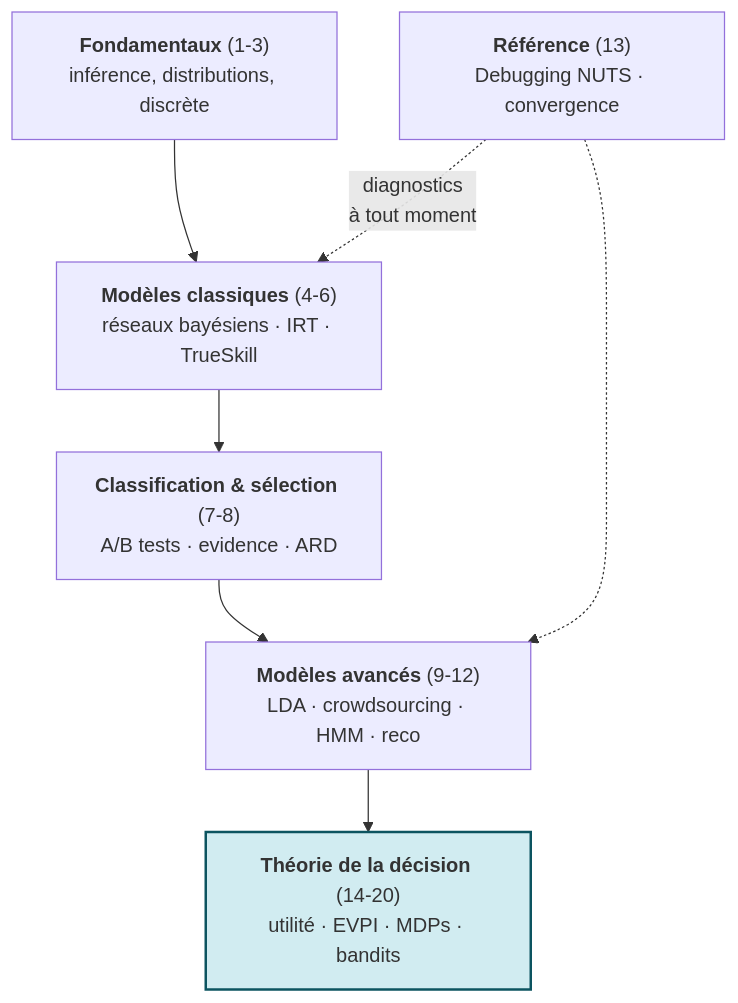
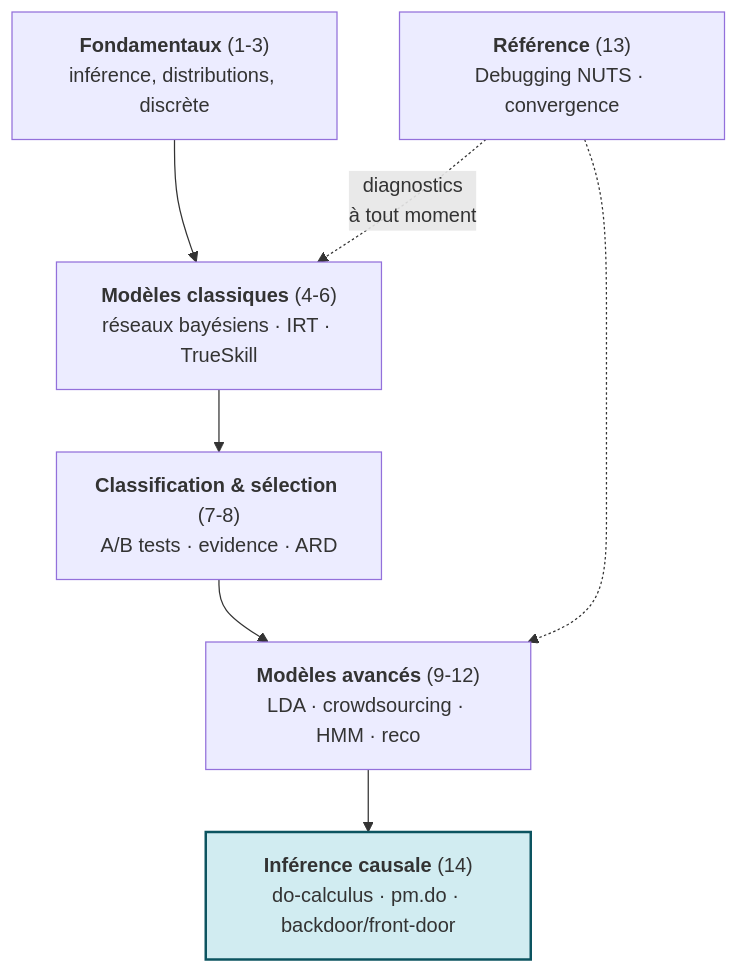
The second of 2 diagrams in MyIA.AI.Notebooks/Probas/PyMC/README.md (jsboige/CoursIA), drawn with Mermaid before and after one commit. The commit also changed other lines of this file and 37 other files, not shown here.

````diff
--- a/MyIA.AI.Notebooks/Probas/PyMC/README.md
+++ b/MyIA.AI.Notebooks/Probas/PyMC/README.md
@@ -96,15 +91,15 @@
 ```mermaid
 flowchart TD
     P1["<b>Fondamentaux</b> (1-3)<br/>inférence, distributions, discrète"]
     P2["<b>Modèles classiques</b> (4-6)<br/>réseaux bayésiens · IRT · TrueSkill"]
     P3["<b>Classification & sélection</b> (7-8)<br/>A/B tests · evidence · ARD"]
     P4["<b>Modèles avancés</b> (9-12)<br/>LDA · crowdsourcing · HMM · reco"]
     P5["<b>Référence</b> (13)<br/>Debugging NUTS · convergence"]
-    P6["<b>Théorie de la décision</b> (14-20)<br/>utilité · EVPI · MDPs · bandits"]
+    P6["<b>Inférence causale</b> (14)<br/>do-calculus · pm.do · backdoor/front-door"]
     P1 --> P2 --> P3 --> P4
     P4 --> P6
     P5 -.->|"diagnostics<br/>à tout moment"| P2
     P5 -.-> P4
-    classDef decision fill:#d1ecf1,stroke:#0c5460,stroke-width:2px;
-    class P6 decision;
+    classDef causal fill:#d1ecf1,stroke:#0c5460,stroke-width:2px;
+    class P6 causal;
 ```
````
